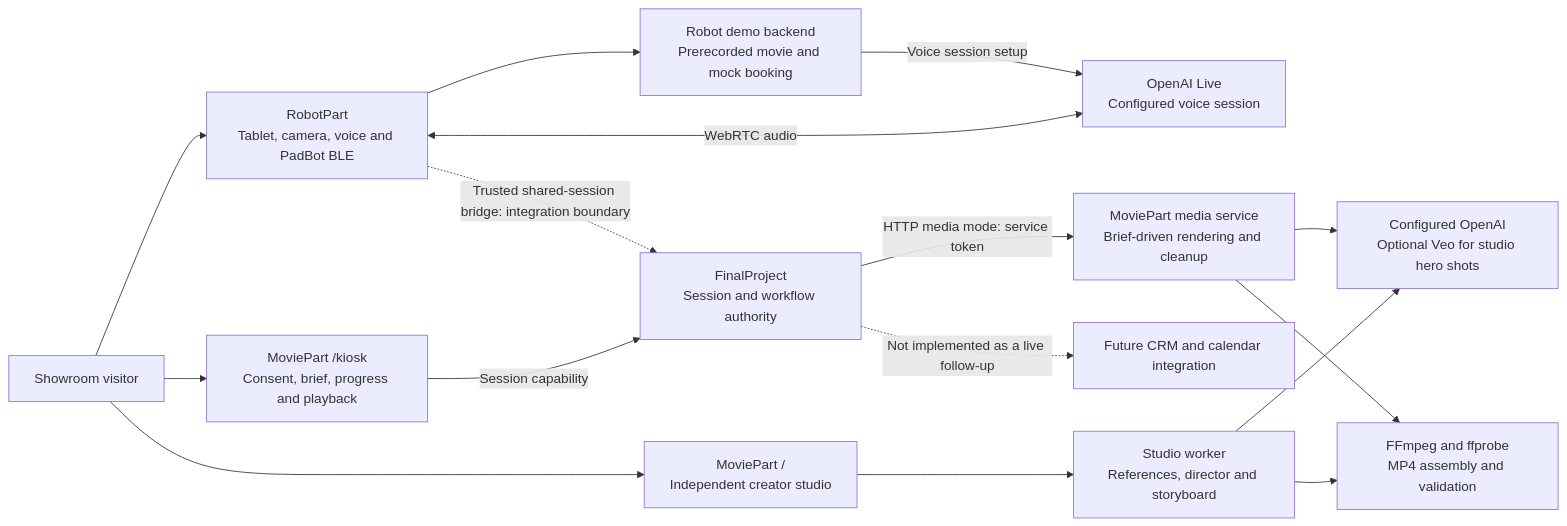
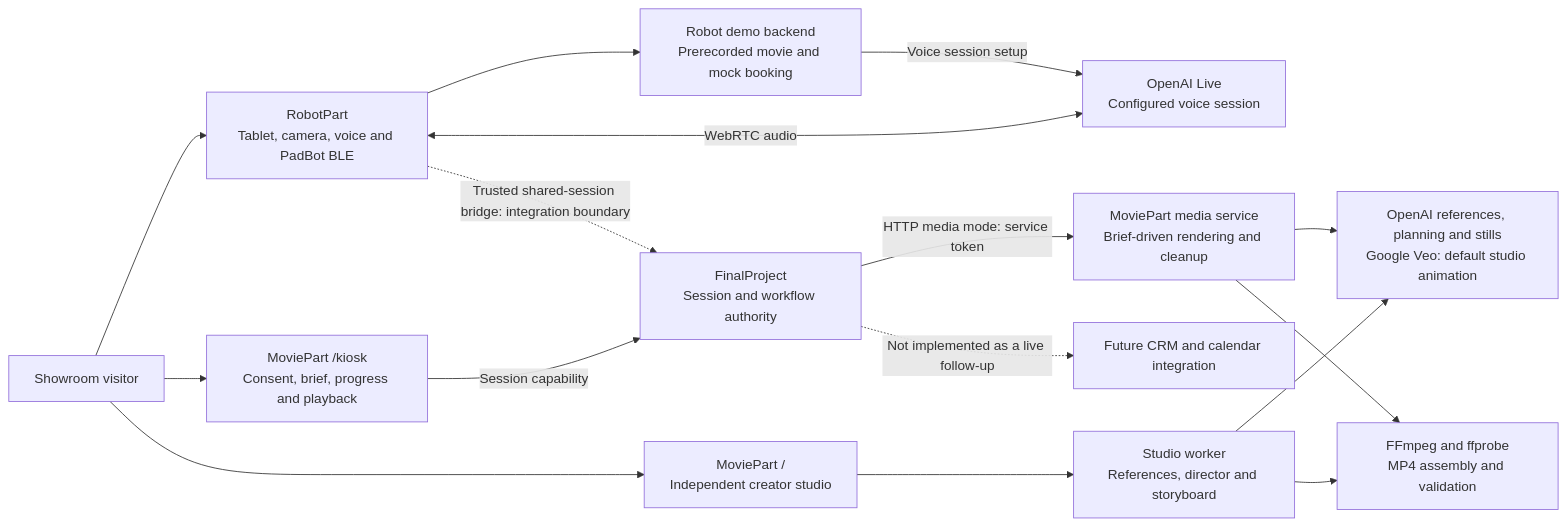
One commit to dngoins/agents-everywhere-starter-kit changed the diagram in README.md. Above: the diagram before and after it, drawn with Mermaid. The commit also changed other lines of this file and 2 other files, not shown here.

````diff
--- a/README.md
+++ b/README.md
@@ -25,31 +25,31 @@
 ```mermaid
 flowchart LR
     Visitor["Showroom visitor"]
     Robot["RobotPart<br/>Tablet, camera, voice and PadBot BLE"]
     RobotAPI["Robot demo backend<br/>Prerecorded movie and mock booking"]
     Kiosk["MoviePart /kiosk<br/>Consent, brief, progress and playback"]
     Orchestrator["FinalProject<br/>Session and workflow authority"]
     Media["MoviePart media service<br/>Brief-driven rendering and cleanup"]
     Studio["MoviePart /<br/>Independent creator studio"]
     Worker["Studio worker<br/>References, director and storyboard"]
     Voice["OpenAI Live<br/>Configured voice session"]
-    Models["Configured OpenAI<br/>Optional Veo for studio hero shots"]
+    Models["OpenAI references, planning and stills<br/>Google Veo: default studio animation"]
     Encoder["FFmpeg and ffprobe<br/>MP4 assembly and validation"]
     Followup["Future CRM and calendar integration"]
 
     Visitor --> Robot
     Robot --> RobotAPI
     RobotAPI -->|"Voice session setup"| Voice
     Robot <-->|"WebRTC audio"| Voice
     Robot -. "Trusted shared-session bridge: integration boundary" .-> Orchestrator
     Visitor --> Kiosk
     Kiosk -->|"Session capability"| Orchestrator
     Orchestrator -->|"HTTP media mode: service token"| Media
     Visitor --> Studio
     Studio --> Worker
     Worker --> Models
     Media --> Models
     Worker --> Encoder
     Media --> Encoder
     Orchestrator -. "Not implemented as a live follow-up" .-> Followup
 ```
````
